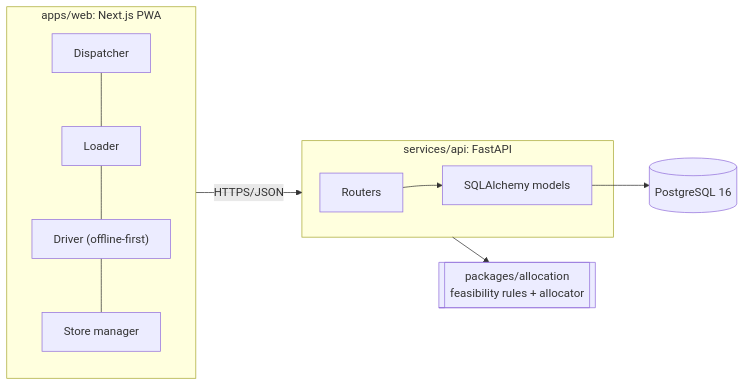
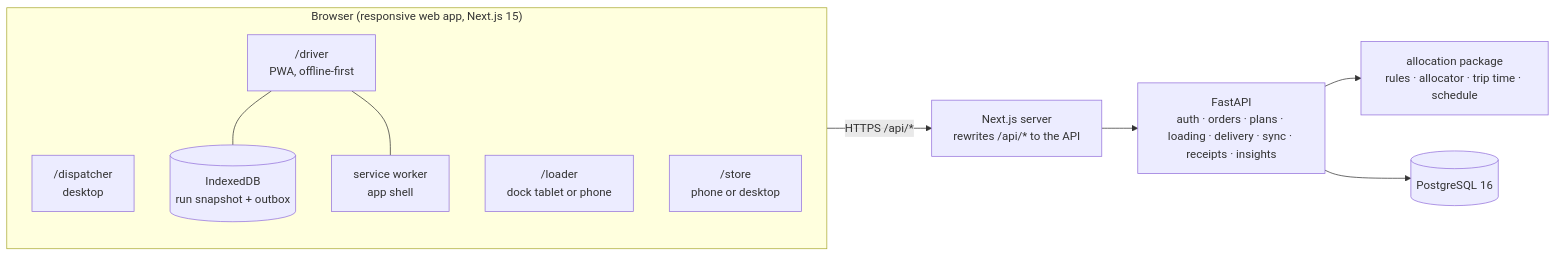
Before and after one commit to mithilyr/GitGud_Waypoint: the first of 2 diagrams in docs/architecture.md, drawn with Mermaid. The commit also changed other lines of this file and 12 other files, not shown here.

Commit message:
feat: demo drivers follow the demo store, window-aware schedule, docs and judge walkthrough

````diff
--- a/docs/architecture.md
+++ b/docs/architecture.md
@@ -5,14 +5,20 @@
 ```mermaid
 flowchart LR
-  subgraph Web["apps/web: Next.js PWA"]
-    D[Dispatcher] --- L[Loader] --- DR["Driver (offline-first)"] --- SM[Store manager]
+  subgraph Browser["Browser (responsive web app, Next.js 15)"]
+    D["/dispatcher<br/>desktop"]
+    L["/loader<br/>dock tablet or phone"]
+    R["/driver<br/>PWA, offline-first"]
+    S["/store<br/>phone or desktop"]
+    IDB[("IndexedDB<br/>run snapshot + outbox")]
+    SW["service worker<br/>app shell"]
+    R --- IDB
+    R --- SW
   end
-  subgraph API["services/api: FastAPI"]
-    R[Routers] --> M[SQLAlchemy models]
-  end
-  ALLOC[["packages/allocation<br/>feasibility rules + allocator"]]
-  DB[(PostgreSQL 16)]
-  Web -- HTTPS/JSON --> API
+  Web["Next.js server<br/>rewrites /api/* to the API"]
+  API["FastAPI<br/>auth · orders · plans · loading · delivery · sync · receipts · insights"]
+  ALLOC["allocation package<br/>rules · allocator · trip time · schedule"]
+  DB[("PostgreSQL 16")]
+  Browser -->|"HTTPS /api/*"| Web --> API
   API --> ALLOC
-  M --> DB
+  API --> DB
 ```
````
